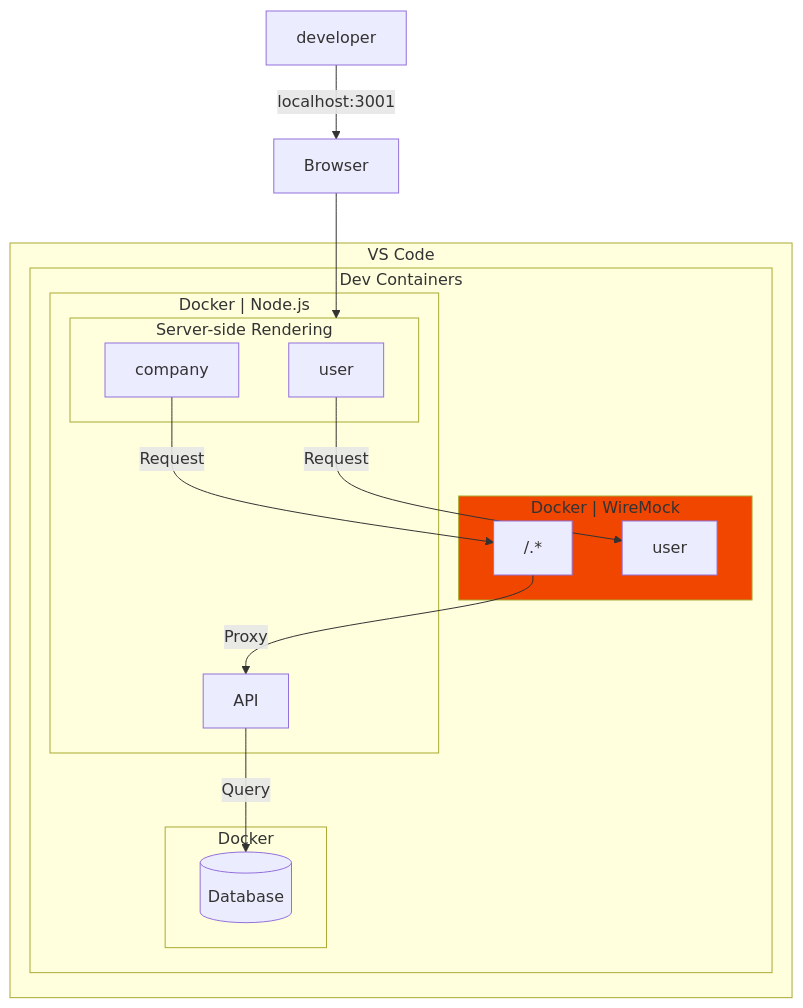
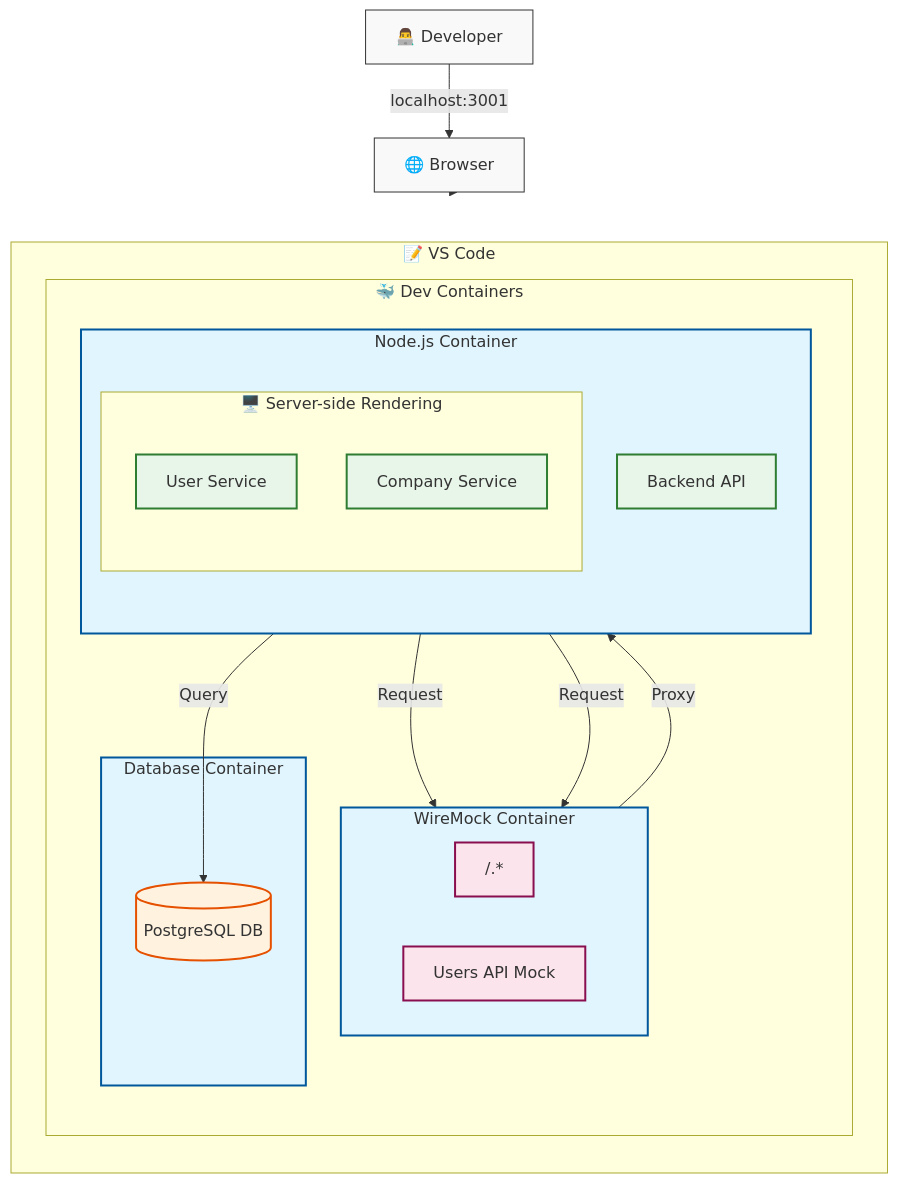
One commit to danny-yamamoto/zenn-docs changed the first of 2 diagrams in articles/812a65cf883b98.md. Above: the diagram before and after it, drawn with Mermaid. The commit also changed other lines of this file, not shown here.

Commit message:
update design

````diff
--- a/articles/812a65cf883b98.md
+++ b/articles/812a65cf883b98.md
@@ -25,30 +25,59 @@
 ```mermaid
 flowchart TD
-    browser[Browser]
-    subgraph ide["VS Code"]
-        subgraph devcon[Dev Containers]
-            subgraph docker_mock["Docker | WireMock"]
+    %% メインコンポーネント
+    browser["🌐 Browser"]
+    developer["👨‍💻 Developer"]
+
+    %% VS Code環境のサブグラフ
+    subgraph ide ["📝 VS Code"]
+        direction TB
+        
+        %% Dev Containersのサブグラフ
+        subgraph devcon ["🐳 Dev Containers"]
+            direction TB
+            
+            %% WireMockコンテナ
+            subgraph docker_mock ["WireMock Container"]
+                direction LR
                 any["/.*"]
-                users[user]
+                users["Users API Mock"]
             end
-            subgraph docker_db[Docker]
-                db[(Database)]
+            
+            %% データベースコンテナ
+            subgraph docker_db ["Database Container"]
+                db[(PostgreSQL DB)]
             end
-            subgraph docker_monorepo["Docker | Node.js"]
-                subgraph render["Server-side Rendering"]
-                    user
-                    company
+            
+            %% モノレポコンテナ
+            subgraph docker_monorepo ["Node.js Container"]
+                direction TB
+                subgraph render ["🖥️ Server-side Rendering"]
+                    user["User Service"]
+                    company["Company Service"]
                 end
-                api[API]
+                api["Backend API"]
             end
         end
     end
-    developer -->|localhost:3001| browser
+
+    %% フロー定義
+    developer -->|"localhost:3001"| browser
     browser --> render
-    user -->|Request| users
-    company -->|Request| any
-    any -->|Proxy| api
-    api -->|Query| db
-    classDef kubell fill:#f04600,stroke:#000000,stroke-width:2px;
-    style docker_mock fill:#f04600
+    user -->|"Request"| users
+    company -->|"Request"| any
+    any -->|"Proxy"| api
+    api -->|"Query"| db
+
+    %% スタイル定義
+    classDef default fill:#f9f9f9,stroke:#333,stroke-width:1px
+    classDef container fill:#e1f5fe,stroke:#01579b,stroke-width:2px
+    classDef service fill:#e8f5e9,stroke:#2e7d32,stroke-width:2px
+    classDef database fill:#fff3e0,stroke:#e65100,stroke-width:2px
+    classDef mock fill:#fce4ec,stroke:#880e4f,stroke-width:2px
+    
+    %% スタイル適用
+    class docker_mock,docker_db,docker_monorepo container
+    class user,company,api service
+    class db database
+    class users,any mock
 ```
````
